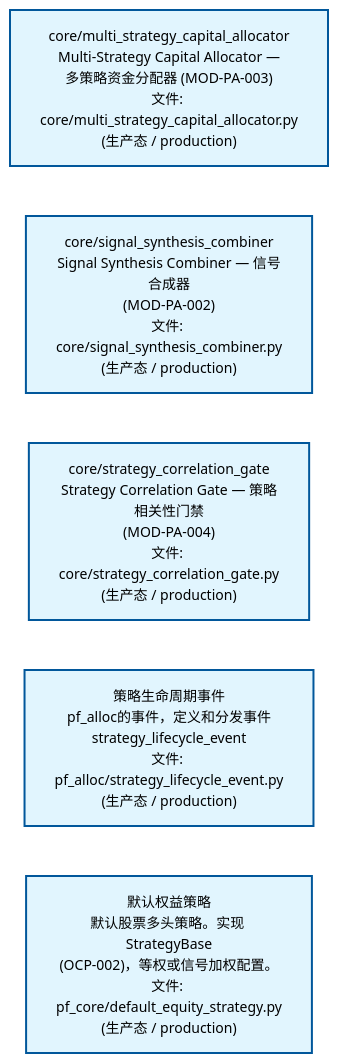
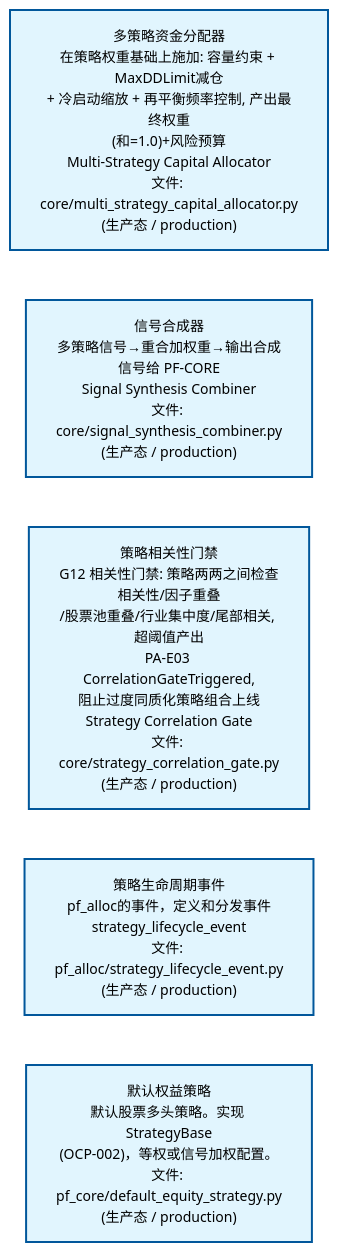
One commit to xuanFelixVan/ZephyrAlpha changed the second of 4 diagrams in docs/02_enterprise_architecture/02_domain_architecture_docs/62_d_pf_alloc.md. Above: the diagram before and after it, drawn with Mermaid. The commit also changed other lines of this file and 46 other files, not shown here.

````diff
--- a/docs/02_enterprise_architecture/02_domain_architecture_docs/62_d_pf_alloc.md
+++ b/docs/02_enterprise_architecture/02_domain_architecture_docs/62_d_pf_alloc.md
@@ -94,18 +94,18 @@
 ```mermaid
 %%{init: {'theme': 'base', 'themeVariables': {'primaryColor': '#eaeaea', 'primaryTextColor': '#333333', 'primaryBorderColor': '#666666', 'lineColor': '#666666', 'secondaryColor': '#eaeaea', 'tertiaryColor': '#eaeaea', 'fontSize': '14px'}}}%%
 flowchart TD
-    src_zephyr_pf_alloc_core_multi_strategy_capital_allocator_py["core/multi_strategy_capital_allocator<br/>Multi-Strategy Capital Allocator —<br/>多策略资金分配器 (MOD-PA-003)<br/>文件: core/multi_strategy_capital_allocator.py<br/>(生产态 / production)"]
-    src_zephyr_pf_alloc_core_signal_synthesis_combiner_py["core/signal_synthesis_combiner<br/>Signal Synthesis Combiner — 信号合成器<br/>(MOD-PA-002)<br/>文件: core/signal_synthesis_combiner.py<br/>(生产态 / production)"]
-    src_zephyr_pf_alloc_core_strategy_correlation_gate_py["core/strategy_correlation_gate<br/>Strategy Correlation Gate — 策略相关性门禁<br/>(MOD-PA-004)<br/>文件: core/strategy_correlation_gate.py<br/>(生产态 / production)"]
+    src_zephyr_pf_alloc_core_multi_strategy_capital_allocator_py["多策略资金分配器<br/>在策略权重基础上施加: 容量约束 + MaxDDLimit减仓<br/>+ 冷启动缩放 + 再平衡频率控制, 产出最终权重<br/>(和=1.0)+风险预算<br/>Multi-Strategy Capital Allocator<br/>文件: core/multi_strategy_capital_allocator.py<br/>(生产态 / production)"]
+    src_zephyr_pf_alloc_core_signal_synthesis_combiner_py["信号合成器<br/>多策略信号→重合加权重→输出合成信号给 PF-CORE<br/>Signal Synthesis Combiner<br/>文件: core/signal_synthesis_combiner.py<br/>(生产态 / production)"]
+    src_zephyr_pf_alloc_core_strategy_correlation_gate_py["策略相关性门禁<br/>G12 相关性门禁: 策略两两之间检查相关性/因子重叠<br/>/股票池重叠/行业集中度/尾部相关, 超阈值产出<br/>PA-E03 CorrelationGateTriggered,<br/>阻止过度同质化策略组合上线<br/>Strategy Correlation Gate<br/>文件: core/strategy_correlation_gate.py<br/>(生产态 / production)"]
     src_zephyr_pf_alloc_strategy_lifecycle_event_py["策略生命周期事件<br/>pf_alloc的事件，定义和分发事件<br/>strategy_lifecycle_event<br/>文件: pf_alloc/strategy_lifecycle_event.py<br/>(生产态 / production)"]
     src_zephyr_pf_core_default_equity_strategy_py["默认权益策略<br/>默认股票多头策略。实现 StrategyBase<br/>(OCP-002)，等权或信号加权配置。<br/>文件: pf_core/default_equity_strategy.py<br/>(生产态 / production)"]
     src_zephyr_pf_alloc_core_multi_strategy_capital_allocator_py ~~~ src_zephyr_pf_alloc_core_signal_synthesis_combiner_py
     src_zephyr_pf_alloc_core_signal_synthesis_combiner_py ~~~ src_zephyr_pf_alloc_core_strategy_correlation_gate_py
     src_zephyr_pf_alloc_core_strategy_correlation_gate_py ~~~ src_zephyr_pf_alloc_strategy_lifecycle_event_py
     src_zephyr_pf_alloc_strategy_lifecycle_event_py ~~~ src_zephyr_pf_core_default_equity_strategy_py
     classDef production fill:#e1f5fe,stroke:#01579b,stroke-width:2px,color:#000
     classDef design fill:#fff3e0,stroke:#e65100,stroke-width:2px,color:#000,stroke-dasharray: 5 5
     classDef external_prod fill:#e8f4fd,stroke:#0277bd,stroke-width:1px,color:#000
     classDef external_design fill:#fff8e7,stroke:#ef6c00,stroke-width:1px,color:#000,stroke-dasharray: 5 5
     class src_zephyr_pf_alloc_core_multi_strategy_capital_allocator_py,src_zephyr_pf_alloc_core_signal_synthesis_combiner_py,src_zephyr_pf_alloc_core_strategy_correlation_gate_py,src_zephyr_pf_alloc_strategy_lifecycle_event_py,src_zephyr_pf_core_default_equity_strategy_py production
 ```
````
